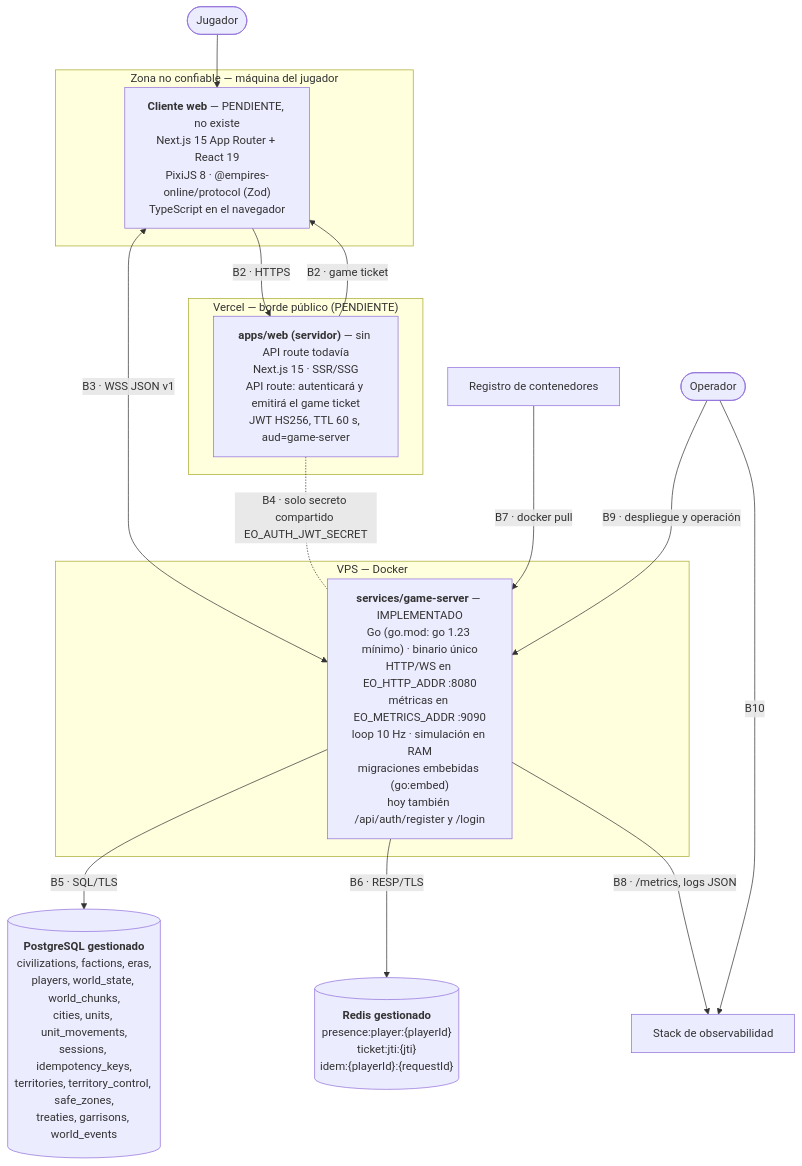
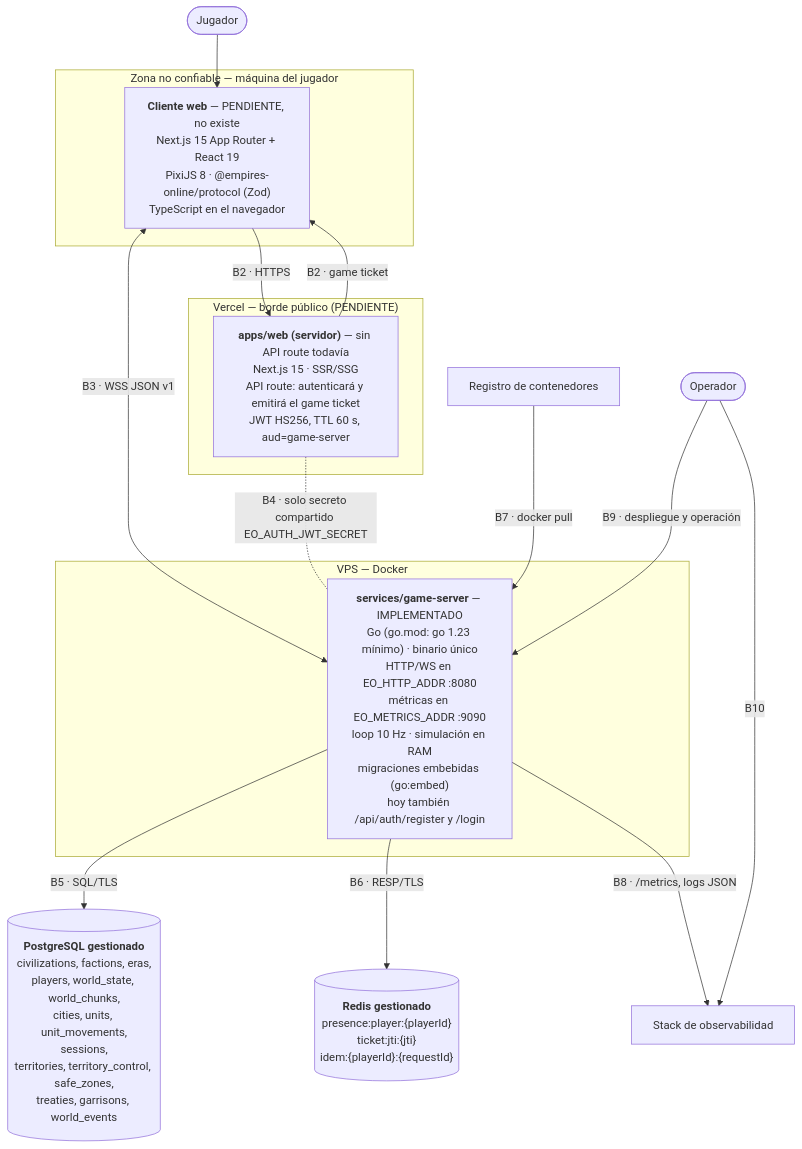
Before and after one commit to sonetlumiere-code/empires-online: the second of 2 diagrams in docs/architecture/system-context.md, drawn with Mermaid. The commit also changed other lines of this file and 32 other files, not shown here.

First line of the commit message:
feat(persistence): se elimina idempotency_keys y el alta disputada responde 503 (ADR-014)

````diff
--- a/docs/architecture/system-context.md
+++ b/docs/architecture/system-context.md
@@ -67,34 +67,34 @@
 ```mermaid
 flowchart TB
     PLAYER(["Jugador"])
     OPERATOR(["Operador"])
 
     subgraph untrusted["Zona no confiable — máquina del jugador"]
         SPA["<b>Cliente web</b> — PENDIENTE, no existe<br/>Next.js 15 App Router + React 19<br/>PixiJS 8 · @empires-online/protocol (Zod)<br/>TypeScript en el navegador"]
     end
 
     subgraph edge["Vercel — borde público (PENDIENTE)"]
         NEXT["<b>apps/web (servidor)</b> — sin API route todavía<br/>Next.js 15 · SSR/SSG<br/>API route: autenticará y emitirá el game ticket<br/>JWT HS256, TTL 60 s, aud=game-server"]
     end
 
     subgraph vps["VPS — Docker"]
         GS["<b>services/game-server</b> — IMPLEMENTADO<br/>Go (go.mod: go 1.23 mínimo) · binario único<br/>HTTP/WS en EO_HTTP_ADDR :8080<br/>métricas en EO_METRICS_ADDR :9090<br/>loop 10 Hz · simulación en RAM<br/>migraciones embebidas (go:embed)<br/>hoy también /api/auth/register y /login"]
     end
 
-    PG[("<b>PostgreSQL gestionado</b><br/>civilizations, factions, eras,<br/>players, world_state, world_chunks,<br/>cities, units, unit_movements,<br/>sessions, idempotency_keys,<br/>territories, territory_control, safe_zones,<br/>treaties, garrisons, world_events")]
+    PG[("<b>PostgreSQL gestionado</b><br/>civilizations, factions, eras,<br/>players, world_state, world_chunks,<br/>cities, units, unit_movements,<br/>sessions,<br/>territories, territory_control, safe_zones,<br/>treaties, garrisons, world_events")]
     RD[("<b>Redis gestionado</b><br/>presence:player:{playerId}<br/>ticket:jti:{jti}<br/>idem:{playerId}:{requestId}")]
     REG["Registro de contenedores"]
     OBS["Stack de observabilidad"]
 
     PLAYER --> SPA
     SPA -->|"B2 · HTTPS"| NEXT
     NEXT -->|"B2 · game ticket"| SPA
     SPA <-->|"B3 · WSS JSON v1"| GS
     NEXT -. "B4 · solo secreto compartido EO_AUTH_JWT_SECRET" .- GS
     GS -->|"B5 · SQL/TLS"| PG
     GS -->|"B6 · RESP/TLS"| RD
     REG -->|"B7 · docker pull"| GS
     GS -->|"B8 · /metrics, logs JSON"| OBS
     OPERATOR -->|"B9 · despliegue y operación"| GS
     OPERATOR -->|"B10"| OBS
 ```
````
